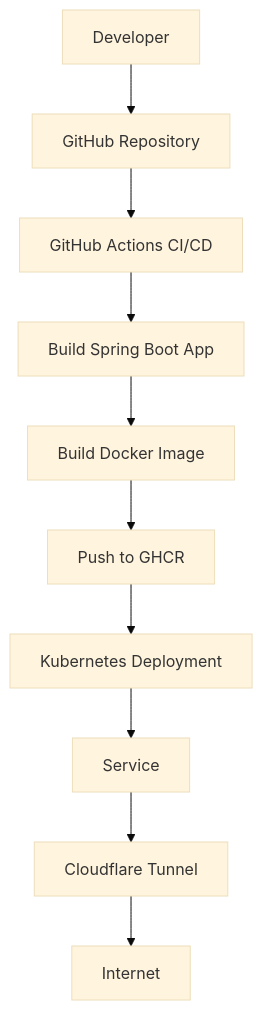
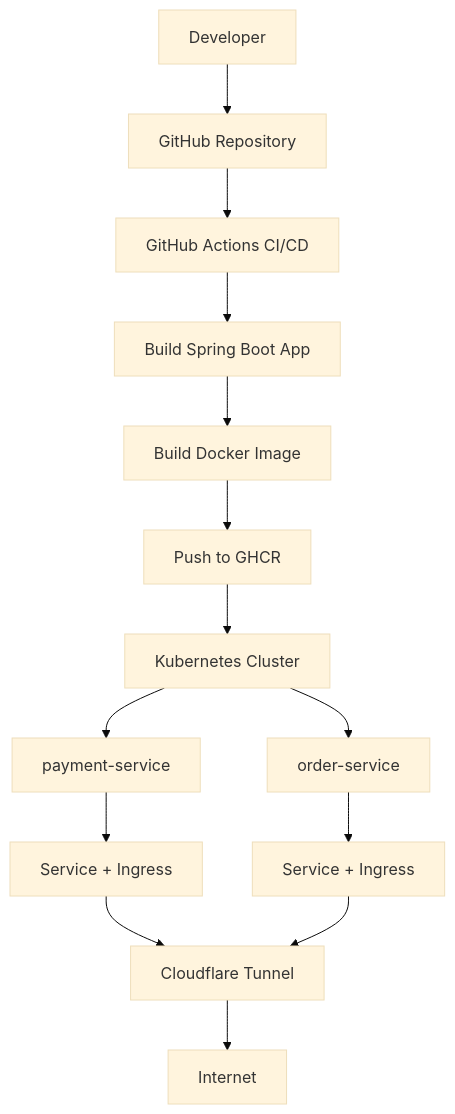
One commit to Marcelphilippeandrade/developer-platform-idp changed the diagram in README.md. Above: the diagram before and after it, drawn with Mermaid (base theme). The commit also changed other lines of this file, not shown here.

Commit message:
Evolução da documentação do arquivo README.md com as novas features criadas.

````diff
--- a/README.md
+++ b/README.md
@@ -54,21 +59,29 @@
 ```mermaid
 flowchart TD
 
 A[Developer] --> B[GitHub Repository]
 
 B --> C[GitHub Actions CI/CD]
 
 C --> D[Build Spring Boot App]
 
 D --> E[Build Docker Image]
 
 E --> F[Push to GHCR]
 
-F --> G[Kubernetes Deployment]
+F --> G[Kubernetes Cluster]
 
-G --> H[Service]
+G --> H[payment-service]
 
-H --> I[Cloudflare Tunnel]
+G --> I[order-service]
 
-I --> J[Internet]
+H --> J[Service + Ingress]
+
+I --> K[Service + Ingress]
+
+J --> L[Cloudflare Tunnel]
+
+K --> L
+
+L --> M[Internet]
 ```
````
